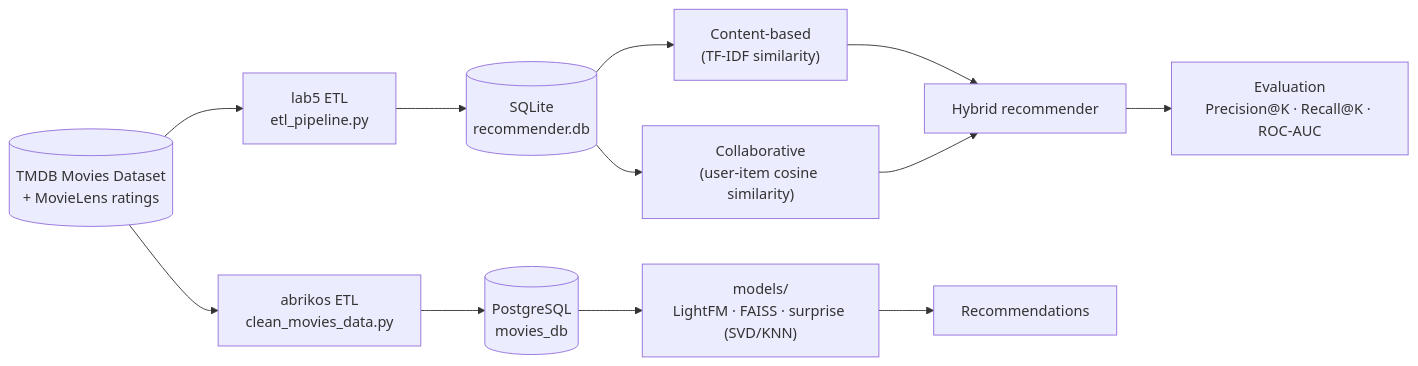
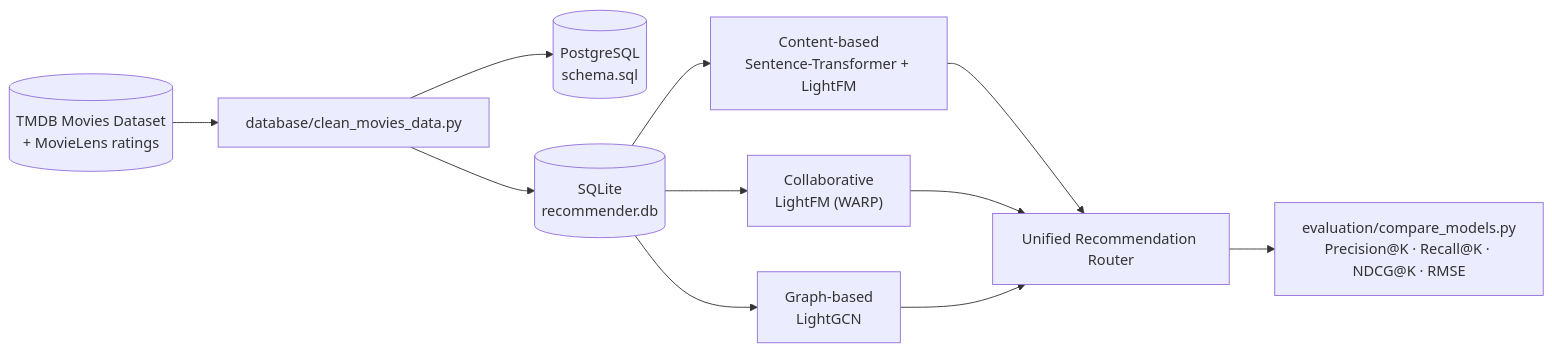
The diagram in README.md (feuerstrahll/recommendation-system-movies), drawn with Mermaid before and after one commit. The commit also changed other lines of this file, not shown here.

````diff
--- a/README.md
+++ b/README.md
@@ -107,18 +117,16 @@
 ```mermaid
 flowchart LR
-    A[("TMDB Movies Dataset<br/>+ MovieLens ratings")] --> B1["abrikos ETL<br/>clean_movies_data.py"]
-    A --> B2["lab5 ETL<br/>etl_pipeline.py"]
+    A[("TMDB Movies Dataset<br/>+ MovieLens ratings")] --> B["database/clean_movies_data.py"]
+    B --> C1[("PostgreSQL<br/>schema.sql")]
+    B --> C2[("SQLite<br/>recommender.db")]
 
-    B1 --> C1[("PostgreSQL<br/>movies_db")]
-    B2 --> C2[("SQLite<br/>recommender.db")]
+    C2 --> D1["Content-based<br/>Sentence-Transformer + LightFM"]
+    C2 --> D2["Collaborative<br/>LightFM (WARP)"]
+    C2 --> D3["Graph-based<br/>LightGCN"]
 
-    C1 --> D1["models/<br/>LightFM · FAISS · surprise (SVD/KNN)"]
-    C2 --> D2["Content-based<br/>(TF-IDF similarity)"]
-    C2 --> D3["Collaborative<br/>(user-item cosine similarity)"]
+    D1 --> E["Unified Recommendation Router"]
+    D2 --> E
+    D3 --> E
 
-    D2 --> D4["Hybrid recommender"]
-    D3 --> D4
-
-    D1 --> E["Recommendations"]
-    D4 --> F["Evaluation<br/>Precision@K · Recall@K · ROC-AUC"]
+    E --> F["evaluation/compare_models.py<br/>Precision@K · Recall@K · NDCG@K · RMSE"]
 ```
````
